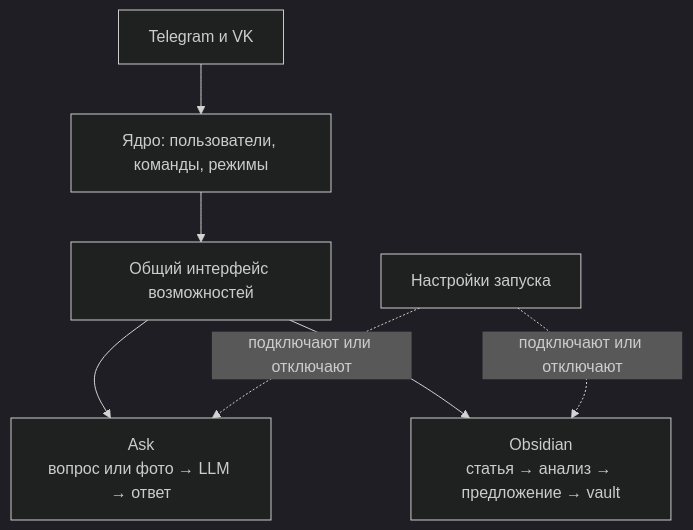
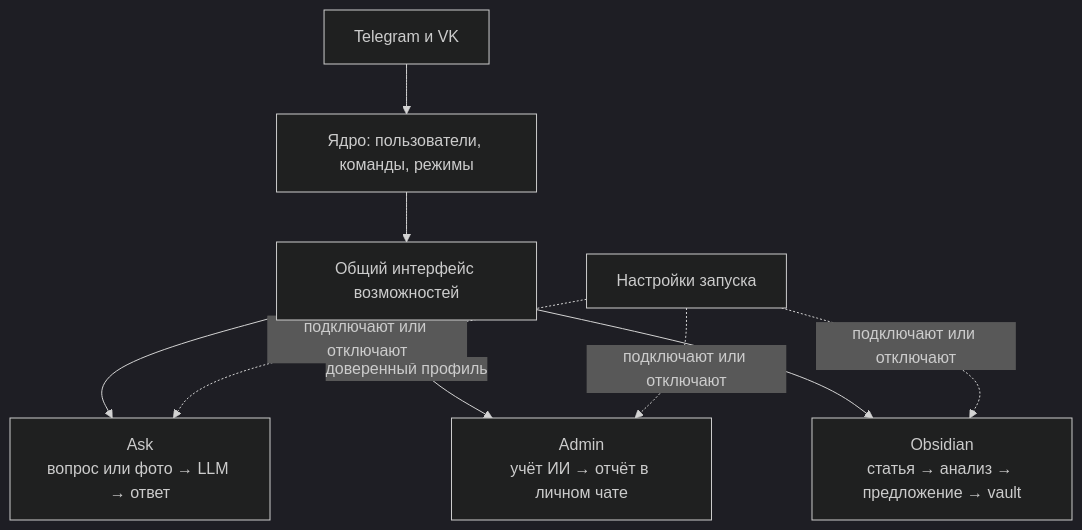
One commit to karateka-git/compadre-assistant changed the first of 3 diagrams in README.md. Above: the diagram before and after it, drawn with Mermaid (dark theme). The commit also changed other lines of this file and 9 other files, not shown here.

````diff
--- a/README.md
+++ b/README.md
@@ -45,9 +52,11 @@
 ```mermaid
 flowchart TB
     Channels[Telegram и VK] --> Core[Ядро: пользователи, команды, режимы]
     Core --> Ports[Общий интерфейс возможностей]
     Ports --> Ask["Ask<br/>вопрос или фото → LLM → ответ"]
+    Ports -->|доверенный профиль| Admin["Admin<br/>учёт ИИ → отчёт в личном чате"]
     Ports --> Obsidian["Obsidian<br/>статья → анализ → предложение → vault"]
     Config[Настройки запуска] -. подключают или отключают .-> Ask
+    Config -. подключают или отключают .-> Admin
     Config -. подключают или отключают .-> Obsidian
 ```
````
